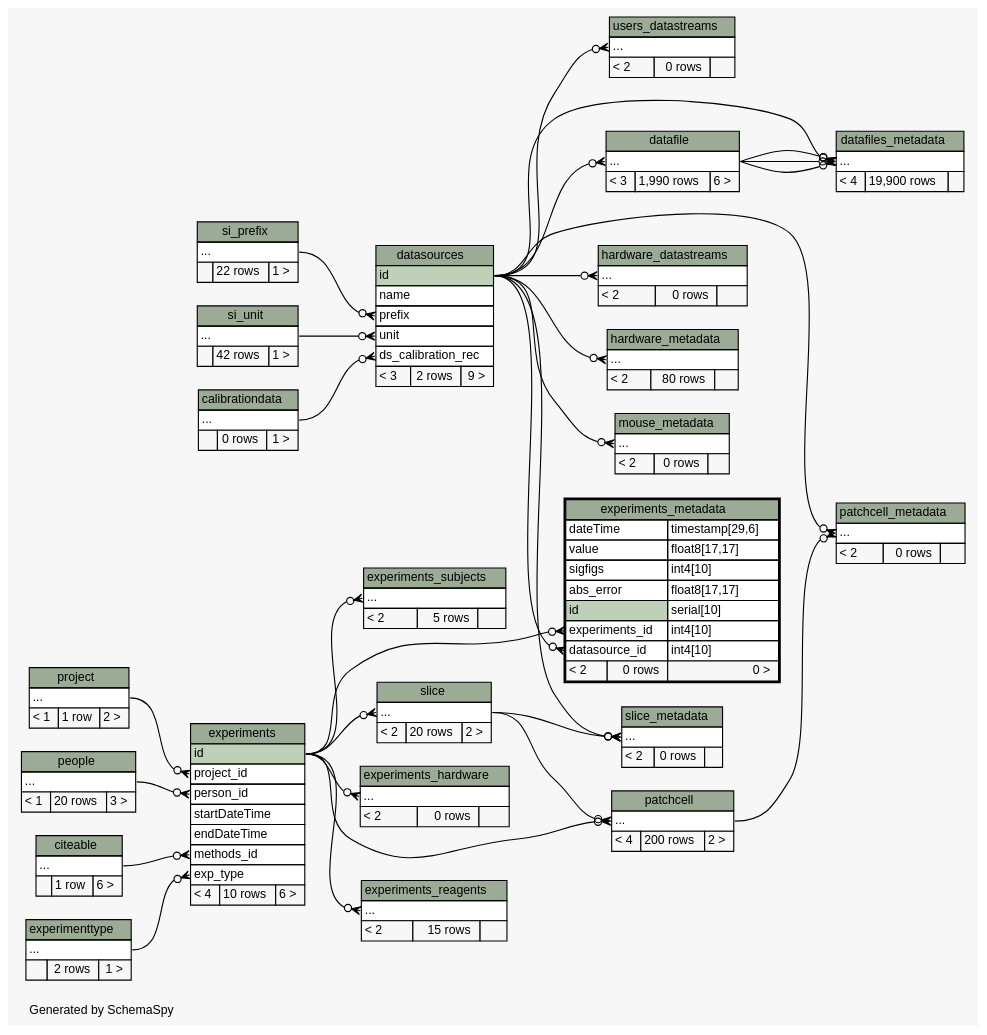
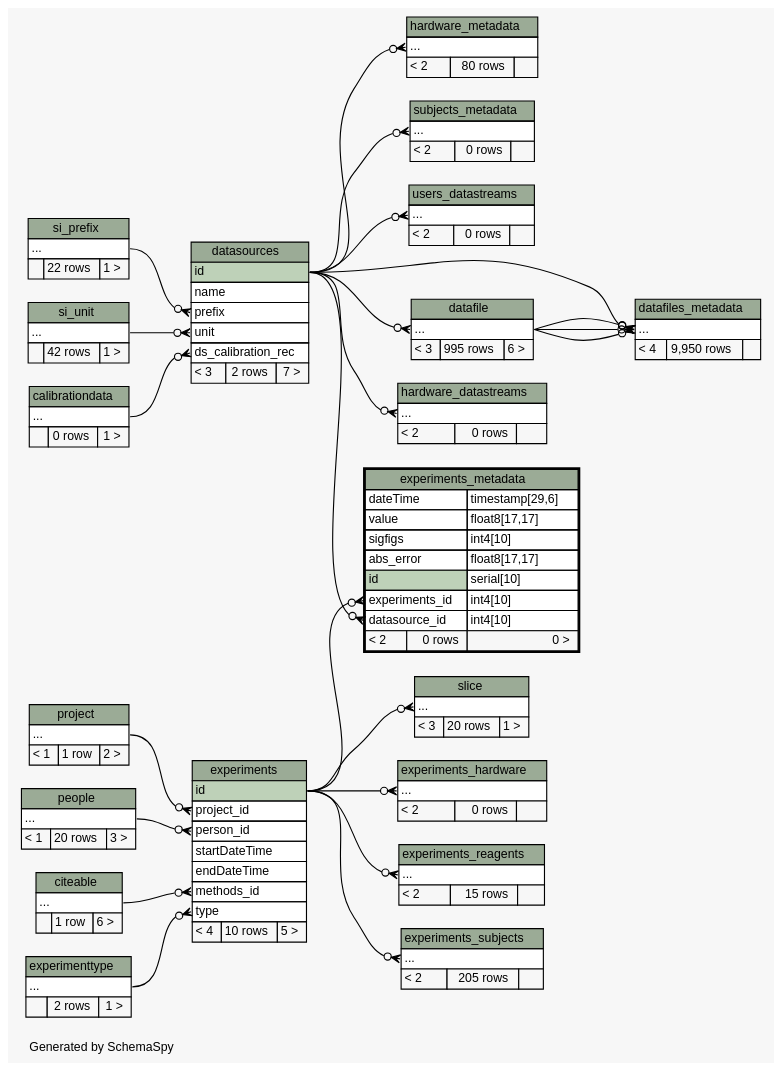
Before and after one commit to tgbugs/mlab: the diagram in database/ss/diagrams/experiments_metadata.2degrees.dot, drawn with Graphviz. The commit also changed 292 other files, not shown here.

```diff
--- a/database/ss/diagrams/experiments_metadata.2degrees.dot
+++ b/database/ss/diagrams/experiments_metadata.2degrees.dot
@@ -1,4 +1,4 @@
-// dot 2.32.0 on Windows 7 6.1
+// dot 2.34.0 on Windows 7 6.1
 // SchemaSpy rev 590
 digraph "twoDegreesRelationshipsDiagram" {
   graph [
@@ -27,10 +27,10 @@
   "datasources":"ds_calibration_rec":w -> "calibrationdata":"elipses":e [arrowhead=none dir=back arrowtail=crowodot];
   "datasources":"prefix":w -> "si_prefix":"elipses":e [arrowhead=none dir=back arrowtail=crowodot];
   "datasources":"unit":w -> "si_unit":"elipses":e [arrowhead=none dir=back arrowtail=crowodot];
-  "experiments":"exp_type":w -> "experimenttype":"elipses":e [arrowhead=none dir=back arrowtail=crowodot];
   "experiments":"methods_id":w -> "citeable":"elipses":e [arrowhead=none dir=back arrowtail=crowodot];
   "experiments":"person_id":w -> "people":"elipses":e [arrowhead=none dir=back arrowtail=crowodot];
   "experiments":"project_id":w -> "project":"elipses":e [arrowhead=none dir=back arrowtail=crowodot];
+  "experiments":"type":w -> "experimenttype":"elipses":e [arrowhead=none dir=back arrowtail=crowodot];
   "experiments_hardware":"elipses":w -> "experiments":"id":e [arrowhead=none dir=back arrowtail=crowodot];
   "experiments_metadata":"datasource_id":w -> "datasources":"id":e [arrowhead=none dir=back arrowtail=crowodot];
   "experiments_metadata":"experiments_id":w -> "experiments":"id":e [arrowhead=none dir=back arrowtail=crowodot];
@@ -38,14 +38,8 @@
   "experiments_subjects":"elipses":w -> "experiments":"id":e [arrowhead=none dir=back arrowtail=crowodot];
   "hardware_datastreams":"elipses":w -> "datasources":"id":e [arrowhead=none dir=back arrowtail=crowodot];
   "hardware_metadata":"elipses":w -> "datasources":"id":e [arrowhead=none dir=back arrowtail=crowodot];
-  "mouse_metadata":"elipses":w -> "datasources":"id":e [arrowhead=none dir=back arrowtail=crowodot];
-  "patchcell":"elipses":w -> "experiments":"id":e [arrowhead=none dir=back arrowtail=crowodot];
-  "patchcell":"elipses":w -> "slice":"elipses":e [arrowhead=none dir=back arrowtail=crowodot];
-  "patchcell_metadata":"elipses":w -> "datasources":"id":e [arrowhead=none dir=back arrowtail=crowodot];
-  "patchcell_metadata":"elipses":w -> "patchcell":"elipses":e [arrowhead=none dir=back arrowtail=crowodot];
   "slice":"elipses":w -> "experiments":"id":e [arrowhead=none dir=back arrowtail=crowodot];
-  "slice_metadata":"elipses":w -> "datasources":"id":e [arrowhead=none dir=back arrowtail=crowodot];
-  "slice_metadata":"elipses":w -> "slice":"elipses":e [arrowhead=none dir=back arrowtail=crowodot];
+  "subjects_metadata":"elipses":w -> "datasources":"id":e [arrowhead=none dir=back arrowtail=crowodot];
   "users_datastreams":"elipses":w -> "datasources":"id":e [arrowhead=none dir=back arrowtail=crowodot];
   "calibrationdata" [
     label=<
@@ -72,7 +66,7 @@
     <TABLE BORDER="0" CELLBORDER="1" CELLSPACING="0" BGCOLOR="#ffffff">
       <TR><TD COLSPAN="3" BGCOLOR="#9bab96" ALIGN="CENTER">datafile</TD></TR>
       <TR><TD PORT="elipses" COLSPAN="3" ALIGN="LEFT">...</TD></TR>
-      <TR><TD ALIGN="LEFT" BGCOLOR="#f7f7f7">&lt; 3</TD><TD ALIGN="RIGHT" BGCOLOR="#f7f7f7">1,990 rows</TD><TD ALIGN="RIGHT" BGCOLOR="#f7f7f7">6 &gt;</TD></TR>
+      <TR><TD ALIGN="LEFT" BGCOLOR="#f7f7f7">&lt; 3</TD><TD ALIGN="RIGHT" BGCOLOR="#f7f7f7">995 rows</TD><TD ALIGN="RIGHT" BGCOLOR="#f7f7f7">6 &gt;</TD></TR>
     </TABLE>>
     URL="datafile.html"
     tooltip="datafile"
@@ -82,7 +76,7 @@
     <TABLE BORDER="0" CELLBORDER="1" CELLSPACING="0" BGCOLOR="#ffffff">
       <TR><TD COLSPAN="3" BGCOLOR="#9bab96" ALIGN="CENTER">datafiles_metadata</TD></TR>
       <TR><TD PORT="elipses" COLSPAN="3" ALIGN="LEFT">...</TD></TR>
-      <TR><TD ALIGN="LEFT" BGCOLOR="#f7f7f7">&lt; 4</TD><TD ALIGN="RIGHT" BGCOLOR="#f7f7f7">19,900 rows</TD><TD ALIGN="RIGHT" BGCOLOR="#f7f7f7">  </TD></TR>
+      <TR><TD ALIGN="LEFT" BGCOLOR="#f7f7f7">&lt; 4</TD><TD ALIGN="RIGHT" BGCOLOR="#f7f7f7">9,950 rows</TD><TD ALIGN="RIGHT" BGCOLOR="#f7f7f7">  </TD></TR>
     </TABLE>>
     URL="datafiles_metadata.html"
     tooltip="datafiles_metadata"
@@ -96,7 +90,7 @@
       <TR><TD PORT="prefix" COLSPAN="3" ALIGN="LEFT">prefix</TD></TR>
       <TR><TD PORT="unit" COLSPAN="3" ALIGN="LEFT">unit</TD></TR>
       <TR><TD PORT="ds_calibration_rec" COLSPAN="3" ALIGN="LEFT">ds_calibration_rec</TD></TR>
-      <TR><TD ALIGN="LEFT" BGCOLOR="#f7f7f7">&lt; 3</TD><TD ALIGN="RIGHT" BGCOLOR="#f7f7f7">2 rows</TD><TD ALIGN="RIGHT" BGCOLOR="#f7f7f7">9 &gt;</TD></TR>
+      <TR><TD ALIGN="LEFT" BGCOLOR="#f7f7f7">&lt; 3</TD><TD ALIGN="RIGHT" BGCOLOR="#f7f7f7">2 rows</TD><TD ALIGN="RIGHT" BGCOLOR="#f7f7f7">7 &gt;</TD></TR>
     </TABLE>>
     URL="datasources.html"
     tooltip="datasources"
@@ -111,8 +105,8 @@
       <TR><TD PORT="startDateTime" COLSPAN="3" ALIGN="LEFT">startDateTime</TD></TR>
       <TR><TD PORT="endDateTime" COLSPAN="3" ALIGN="LEFT">endDateTime</TD></TR>
       <TR><TD PORT="methods_id" COLSPAN="3" ALIGN="LEFT">methods_id</TD></TR>
-      <TR><TD PORT="exp_type" COLSPAN="3" ALIGN="LEFT">exp_type</TD></TR>
-      <TR><TD ALIGN="LEFT" BGCOLOR="#f7f7f7">&lt; 4</TD><TD ALIGN="RIGHT" BGCOLOR="#f7f7f7">10 rows</TD><TD ALIGN="RIGHT" BGCOLOR="#f7f7f7">6 &gt;</TD></TR>
+      <TR><TD PORT="type" COLSPAN="3" ALIGN="LEFT">type</TD></TR>
+      <TR><TD ALIGN="LEFT" BGCOLOR="#f7f7f7">&lt; 4</TD><TD ALIGN="RIGHT" BGCOLOR="#f7f7f7">10 rows</TD><TD ALIGN="RIGHT" BGCOLOR="#f7f7f7">5 &gt;</TD></TR>
     </TABLE>>
     URL="experiments.html"
     tooltip="experiments"
@@ -158,7 +152,7 @@
     <TABLE BORDER="0" CELLBORDER="1" CELLSPACING="0" BGCOLOR="#ffffff">
       <TR><TD COLSPAN="3" BGCOLOR="#9bab96" ALIGN="CENTER">experiments_subjects</TD></TR>
       <TR><TD PORT="elipses" COLSPAN="3" ALIGN="LEFT">...</TD></TR>
-      <TR><TD ALIGN="LEFT" BGCOLOR="#f7f7f7">&lt; 2</TD><TD ALIGN="RIGHT" BGCOLOR="#f7f7f7">5 rows</TD><TD ALIGN="RIGHT" BGCOLOR="#f7f7f7">  </TD></TR>
+      <TR><TD ALIGN="LEFT" BGCOLOR="#f7f7f7">&lt; 2</TD><TD ALIGN="RIGHT" BGCOLOR="#f7f7f7">205 rows</TD><TD ALIGN="RIGHT" BGCOLOR="#f7f7f7">  </TD></TR>
     </TABLE>>
     URL="experiments_subjects.html"
     tooltip="experiments_subjects"
@@ -192,36 +186,6 @@
     </TABLE>>
     URL="hardware_metadata.html"
     tooltip="hardware_metadata"
-  ];
-  "mouse_metadata" [
-    label=<
-    <TABLE BORDER="0" CELLBORDER="1" CELLSPACING="0" BGCOLOR="#ffffff">
-      <TR><TD COLSPAN="3" BGCOLOR="#9bab96" ALIGN="CENTER">mouse_metadata</TD></TR>
-      <TR><TD PORT="elipses" COLSPAN="3" ALIGN="LEFT">...</TD></TR>
-      <TR><TD ALIGN="LEFT" BGCOLOR="#f7f7f7">&lt; 2</TD><TD ALIGN="RIGHT" BGCOLOR="#f7f7f7">0 rows</TD><TD ALIGN="RIGHT" BGCOLOR="#f7f7f7">  </TD></TR>
-    </TABLE>>
-    URL="mouse_metadata.html"
-    tooltip="mouse_metadata"
-  ];
-  "patchcell" [
-    label=<
-    <TABLE BORDER="0" CELLBORDER="1" CELLSPACING="0" BGCOLOR="#ffffff">
-      <TR><TD COLSPAN="3" BGCOLOR="#9bab96" ALIGN="CENTER">patchcell</TD></TR>
-      <TR><TD PORT="elipses" COLSPAN="3" ALIGN="LEFT">...</TD></TR>
-      <TR><TD ALIGN="LEFT" BGCOLOR="#f7f7f7">&lt; 4</TD><TD ALIGN="RIGHT" BGCOLOR="#f7f7f7">200 rows</TD><TD ALIGN="RIGHT" BGCOLOR="#f7f7f7">2 &gt;</TD></TR>
-    </TABLE>>
-    URL="patchcell.html"
-    tooltip="patchcell"
-  ];
-  "patchcell_metadata" [
-    label=<
-    <TABLE BORDER="0" CELLBORDER="1" CELLSPACING="0" BGCOLOR="#ffffff">
-      <TR><TD COLSPAN="3" BGCOLOR="#9bab96" ALIGN="CENTER">patchcell_metadata</TD></TR>
-      <TR><TD PORT="elipses" COLSPAN="3" ALIGN="LEFT">...</TD></TR>
-      <TR><TD ALIGN="LEFT" BGCOLOR="#f7f7f7">&lt; 2</TD><TD ALIGN="RIGHT" BGCOLOR="#f7f7f7">0 rows</TD><TD ALIGN="RIGHT" BGCOLOR="#f7f7f7">  </TD></TR>
-    </TABLE>>
-    URL="patchcell_metadata.html"
-    tooltip="patchcell_metadata"
   ];
   "people" [
     label=<
@@ -268,20 +232,20 @@
     <TABLE BORDER="0" CELLBORDER="1" CELLSPACING="0" BGCOLOR="#ffffff">
       <TR><TD COLSPAN="3" BGCOLOR="#9bab96" ALIGN="CENTER">slice</TD></TR>
       <TR><TD PORT="elipses" COLSPAN="3" ALIGN="LEFT">...</TD></TR>
-      <TR><TD ALIGN="LEFT" BGCOLOR="#f7f7f7">&lt; 2</TD><TD ALIGN="RIGHT" BGCOLOR="#f7f7f7">20 rows</TD><TD ALIGN="RIGHT" BGCOLOR="#f7f7f7">2 &gt;</TD></TR>
+      <TR><TD ALIGN="LEFT" BGCOLOR="#f7f7f7">&lt; 3</TD><TD ALIGN="RIGHT" BGCOLOR="#f7f7f7">20 rows</TD><TD ALIGN="RIGHT" BGCOLOR="#f7f7f7">1 &gt;</TD></TR>
     </TABLE>>
     URL="slice.html"
     tooltip="slice"
   ];
-  "slice_metadata" [
+  "subjects_metadata" [
     label=<
     <TABLE BORDER="0" CELLBORDER="1" CELLSPACING="0" BGCOLOR="#ffffff">
-      <TR><TD COLSPAN="3" BGCOLOR="#9bab96" ALIGN="CENTER">slice_metadata</TD></TR>
+      <TR><TD COLSPAN="3" BGCOLOR="#9bab96" ALIGN="CENTER">subjects_metadata</TD></TR>
       <TR><TD PORT="elipses" COLSPAN="3" ALIGN="LEFT">...</TD></TR>
       <TR><TD ALIGN="LEFT" BGCOLOR="#f7f7f7">&lt; 2</TD><TD ALIGN="RIGHT" BGCOLOR="#f7f7f7">0 rows</TD><TD ALIGN="RIGHT" BGCOLOR="#f7f7f7">  </TD></TR>
     </TABLE>>
-    URL="slice_metadata.html"
-    tooltip="slice_metadata"
+    URL="subjects_metadata.html"
+    tooltip="subjects_metadata"
   ];
   "users_datastreams" [
     label=<
```
